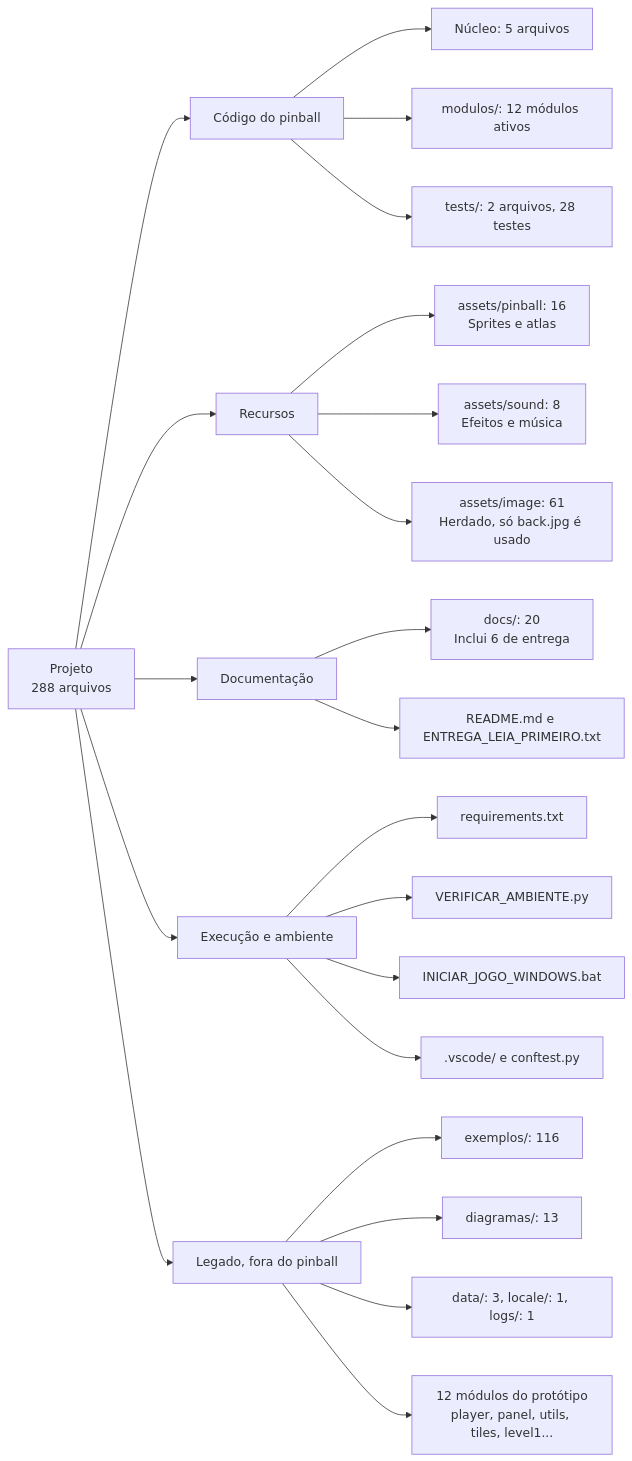
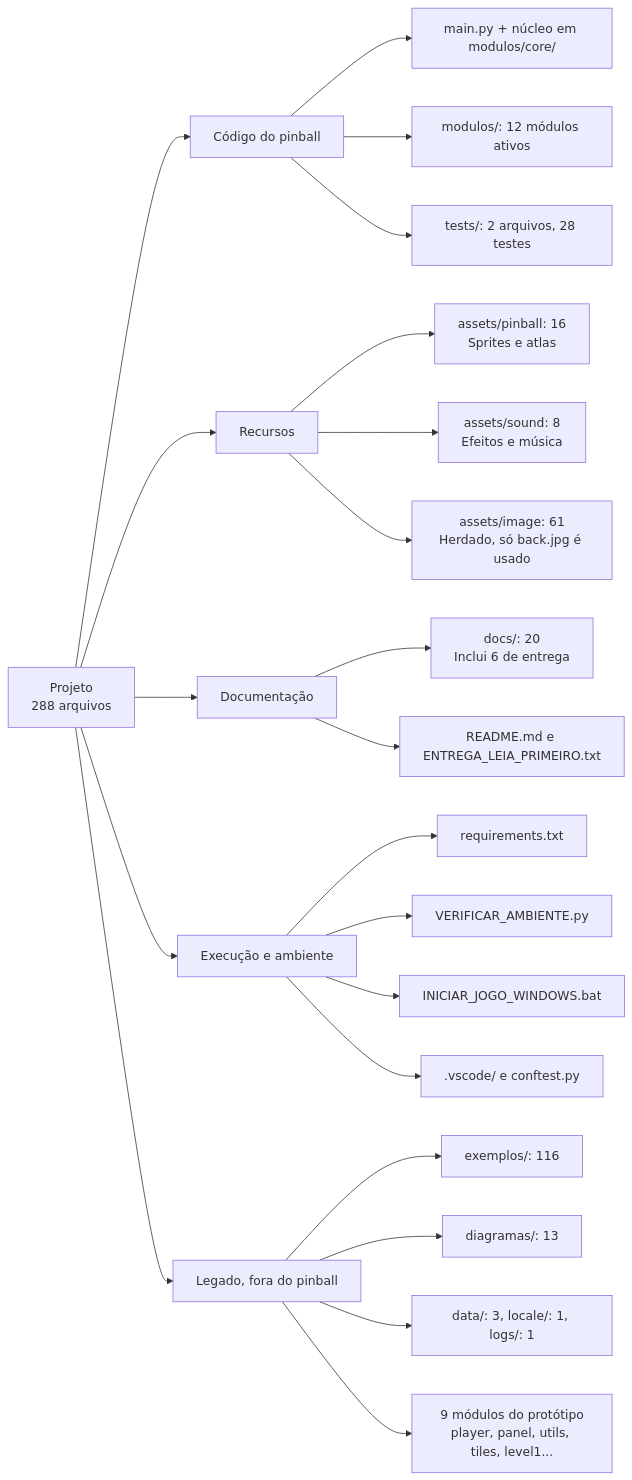
The second of 2 diagrams in README.md (EthanAbner/TAC-III-Pinball), drawn with Mermaid before and after one commit. The commit also changed other lines of this file and 27 other files, not shown here.

First line of the commit message:
Mover núcleo do jogo para modulos/ e remover cópias da raiz

````diff
--- a/README.md
+++ b/README.md
@@ -160,30 +172,30 @@
 ```mermaid
 flowchart LR
     ROOT["Projeto<br/>288 arquivos"]
 
     ROOT --> CODE["Código do pinball"]
-    CODE --> C1["Núcleo: 5 arquivos"]
+    CODE --> C1["main.py + núcleo em modulos/core/"]
     CODE --> C2["modulos/: 12 módulos ativos"]
     CODE --> C3["tests/: 2 arquivos, 28 testes"]
 
     ROOT --> RES["Recursos"]
     RES --> R1["assets/pinball: 16<br/>Sprites e atlas"]
     RES --> R2["assets/sound: 8<br/>Efeitos e música"]
     RES --> R3["assets/image: 61<br/>Herdado, só back.jpg é usado"]
 
     ROOT --> DOC["Documentação"]
     DOC --> D1["docs/: 20<br/>Inclui 6 de entrega"]
     DOC --> D2["README.md e ENTREGA_LEIA_PRIMEIRO.txt"]
 
     ROOT --> SETUP["Execução e ambiente"]
     SETUP --> S1["requirements.txt"]
     SETUP --> S2["VERIFICAR_AMBIENTE.py"]
     SETUP --> S3["INICIAR_JOGO_WINDOWS.bat"]
     SETUP --> S4[".vscode/ e conftest.py"]
 
     ROOT --> OLD["Legado, fora do pinball"]
     OLD --> O1["exemplos/: 116"]
     OLD --> O2["diagramas/: 13"]
     OLD --> O3["data/: 3, locale/: 1, logs/: 1"]
-    OLD --> O4["12 módulos do protótipo<br/>player, panel, utils, tiles, level1..."]
+    OLD --> O4["9 módulos do protótipo<br/>player, panel, utils, tiles, level1..."]
 ```
````
